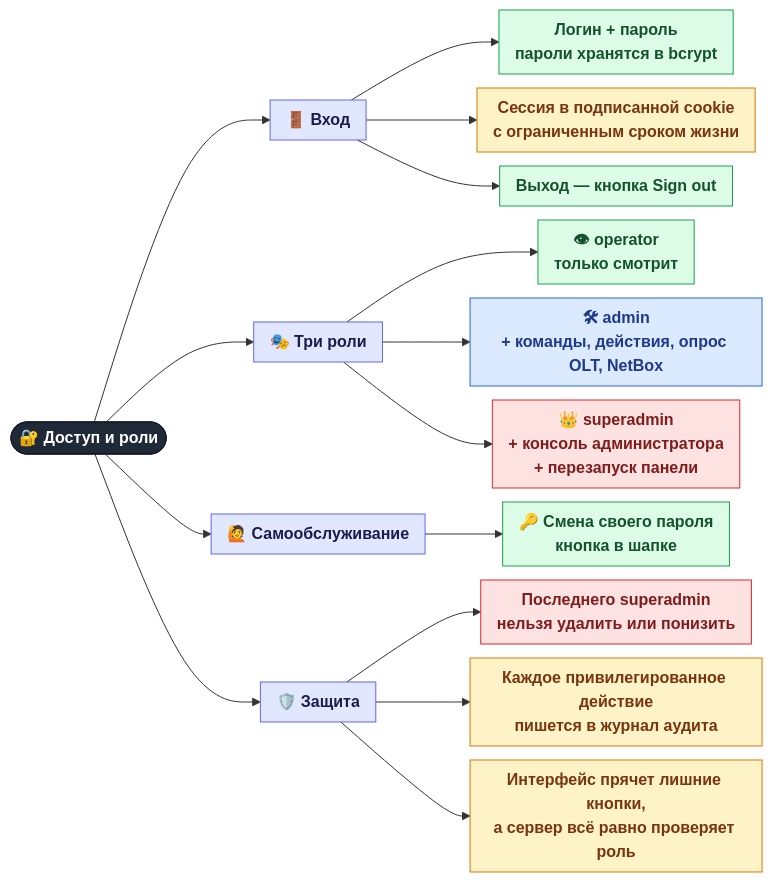
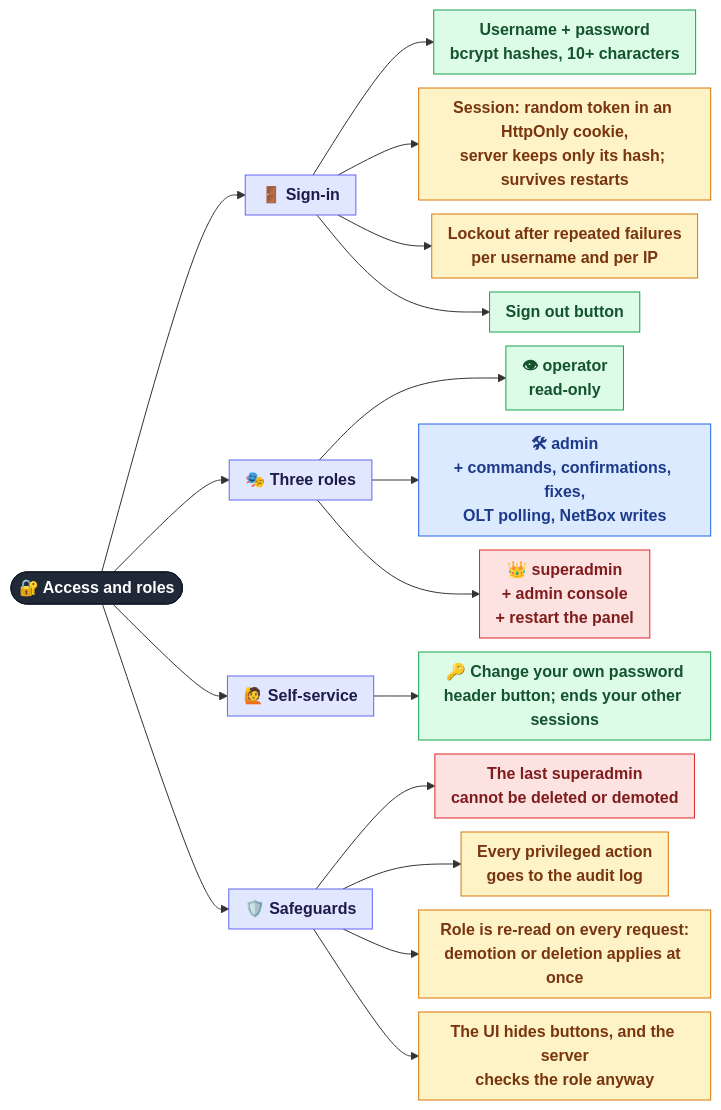
Before and after one commit to Madly222/MCPforMonitoring: the diagram in docs/features/01-access.md, drawn with Mermaid. The commit also changed other lines of this file and 37 other files, not shown here.

````diff
--- a/docs/features/01-access.md
+++ b/docs/features/01-access.md
@@ -7,30 +7,32 @@
 ```mermaid
 %%{init: {"flowchart": {"nodeSpacing": 14, "rankSpacing": 45, "curve": "basis", "padding": 8, "wrappingWidth": 260}}}%%
 flowchart LR
-    ROOT(["🔐 Доступ и роли"]):::root
+    ROOT(["🔐 Access and roles"]):::root
 
-    ROOT --> LOGIN["🚪 Вход"]:::group
-    LOGIN --> L1["Логин + пароль<br/>пароли хранятся в bcrypt"]:::all
-    LOGIN --> L2["Сессия в подписанной cookie<br/>с ограниченным сроком жизни"]:::auto
-    LOGIN --> L3["Выход — кнопка Sign out"]:::all
+    ROOT --> LOGIN["🚪 Sign-in"]:::group
+    LOGIN --> L1["Username + password<br/>bcrypt hashes, 10+ characters"]:::all
+    LOGIN --> L2["Session: random token in an HttpOnly cookie,<br/>server keeps only its hash; survives restarts"]:::auto
+    LOGIN --> L3["Lockout after repeated failures<br/>per username and per IP"]:::auto
+    LOGIN --> L4["Sign out button"]:::all
 
-    ROOT --> ROLES["🎭 Три роли"]:::group
-    ROLES --> R1["👁 operator<br/>только смотрит"]:::all
-    ROLES --> R2["🛠 admin<br/>+ команды, действия, опрос OLT, NetBox"]:::admin
-    ROLES --> R3["👑 superadmin<br/>+ консоль администратора<br/>+ перезапуск панели"]:::super
+    ROOT --> ROLES["🎭 Three roles"]:::group
+    ROLES --> R1["👁 operator<br/>read-only"]:::all
+    ROLES --> R2["🛠 admin<br/>+ commands, confirmations, fixes,<br/>OLT polling, NetBox writes"]:::admin
+    ROLES --> R3["👑 superadmin<br/>+ admin console<br/>+ restart the panel"]:::super
 
-    ROOT --> SELF["🙋 Самообслуживание"]:::group
-    SELF --> S1["🔑 Смена своего пароля<br/>кнопка в шапке"]:::all
+    ROOT --> SELF["🙋 Self-service"]:::group
+    SELF --> S1["🔑 Change your own password<br/>header button; ends your other sessions"]:::all
 
-    ROOT --> GUARD["🛡️ Защита"]:::group
-    GUARD --> G1["Последнего superadmin<br/>нельзя удалить или понизить"]:::super
-    GUARD --> G2["Каждое привилегированное действие<br/>пишется в журнал аудита"]:::auto
-    GUARD --> G3["Интерфейс прячет лишние кнопки,<br/>а сервер всё равно проверяет роль"]:::auto
+    ROOT --> GUARD["🛡️ Safeguards"]:::group
+    GUARD --> G1["The last superadmin<br/>cannot be deleted or demoted"]:::super
+    GUARD --> G2["Every privileged action<br/>goes to the audit log"]:::auto
+    GUARD --> G3["Role is re-read on every request:<br/>demotion or deletion applies at once"]:::auto
+    GUARD --> G4["The UI hides buttons, and the server<br/>checks the role anyway"]:::auto
 
     classDef root  fill:#1f2937,stroke:#111827,color:#ffffff,font-weight:bold
     classDef group fill:#e0e7ff,stroke:#6366f1,color:#1e1b4b,font-weight:bold
     classDef all   fill:#dcfce7,stroke:#16a34a,color:#14532d
     classDef admin fill:#dbeafe,stroke:#2563eb,color:#1e3a8a
     classDef super fill:#fde2e2,stroke:#dc2626,color:#7f1d1d
     classDef auto  fill:#fef3c7,stroke:#d97706,color:#78350f
 ```
````
